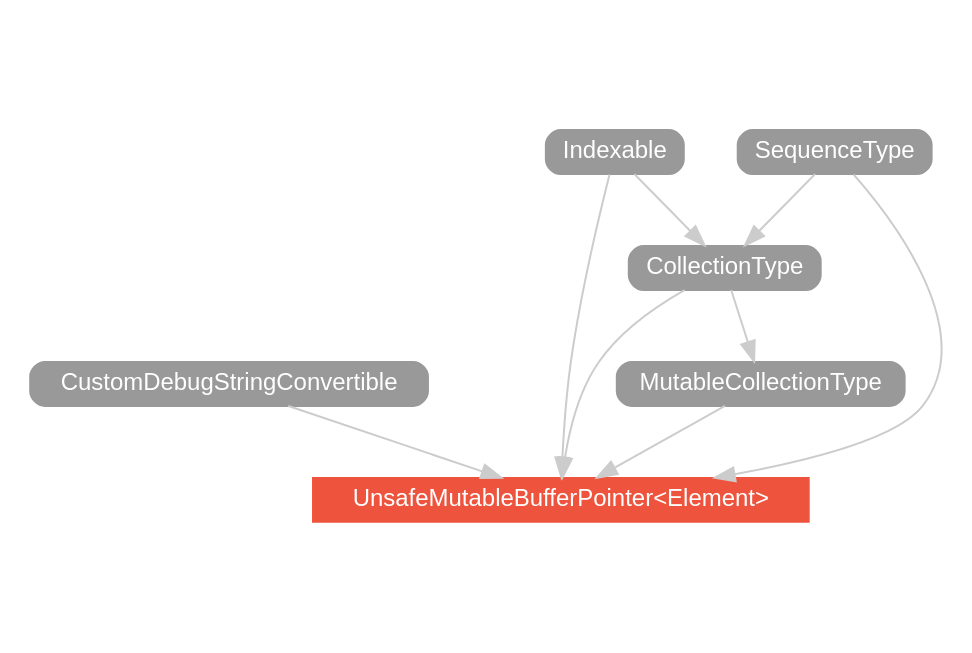
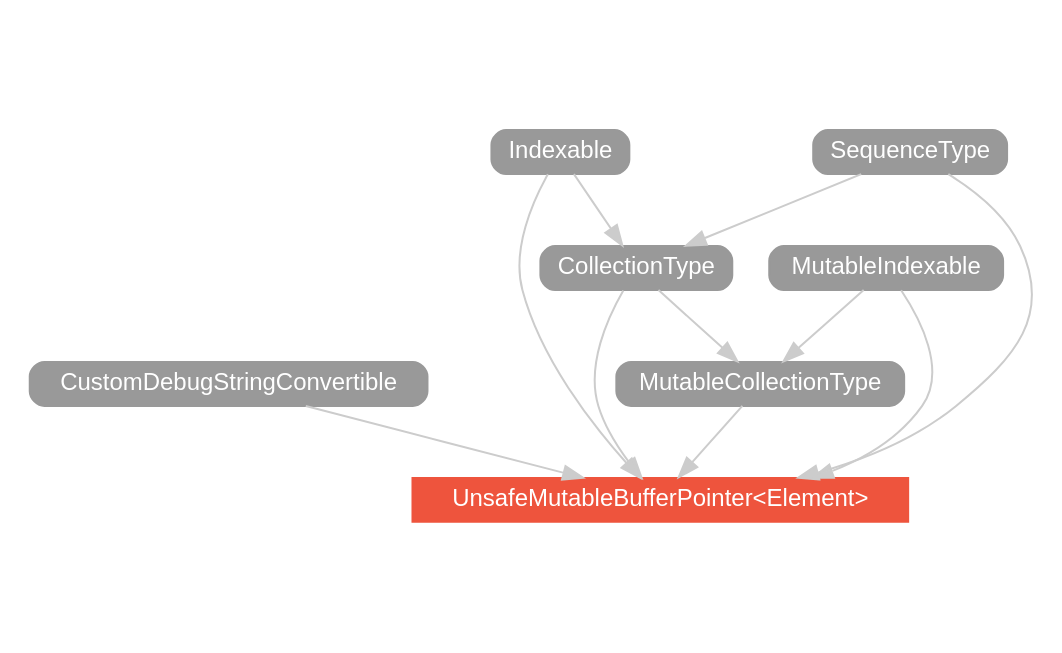
The diagram in swift-2/type/UnsafeMutableBufferPointer/hierarchy/index.dot (SwiftDoc/SwiftDoc.github.io), drawn with Graphviz before and after one commit. The commit also changed 1189 other files, not shown here.

```diff
--- a/swift-2/type/UnsafeMutableBufferPointer/hierarchy/index.dot
+++ b/swift-2/type/UnsafeMutableBufferPointer/hierarchy/index.dot
@@ -1,23 +1,26 @@
 strict digraph "UnsafeMutableBufferPointer<Element> - Type Hierarchy - SwiftDoc.org" {
     pad="0.1,0.8"
     node [shape=box, style="filled,rounded", color="#999999", fillcolor="#999999", fontcolor=white, fontname=Helvetica, fontnames="Helvetica,sansserif", fontsize=12, margin="0.07,0.05", height="0.3"]
     edge [color="#cccccc"]
     "CollectionType" [URL="/protocol/CollectionType/"]
     "CustomDebugStringConvertible" [URL="/protocol/CustomDebugStringConvertible/"]
     "Indexable" [URL="/protocol/Indexable/"]
     "MutableCollectionType" [URL="/protocol/MutableCollectionType/"]
+    "MutableIndexable" [URL="/protocol/MutableIndexable/"]
     "SequenceType" [URL="/protocol/SequenceType/"]
     "UnsafeMutableBufferPointer<Element>" [URL="/type/UnsafeMutableBufferPointer/", style="filled", fillcolor="#ee543d", color="#ee543d"]    "MutableCollectionType" -> "UnsafeMutableBufferPointer<Element>"
     "CollectionType" -> "UnsafeMutableBufferPointer<Element>"
     "Indexable" -> "UnsafeMutableBufferPointer<Element>"
     "SequenceType" -> "UnsafeMutableBufferPointer<Element>"
+    "MutableIndexable" -> "UnsafeMutableBufferPointer<Element>"
     "CustomDebugStringConvertible" -> "UnsafeMutableBufferPointer<Element>"
+    "MutableIndexable" -> "MutableCollectionType"
     "CollectionType" -> "MutableCollectionType"
     "Indexable" -> "CollectionType"
     "SequenceType" -> "CollectionType"
     "Indexable" -> "CollectionType"
     "SequenceType" -> "CollectionType"
     subgraph Types {
         rank = max; "UnsafeMutableBufferPointer<Element>";
     }
 }
```
